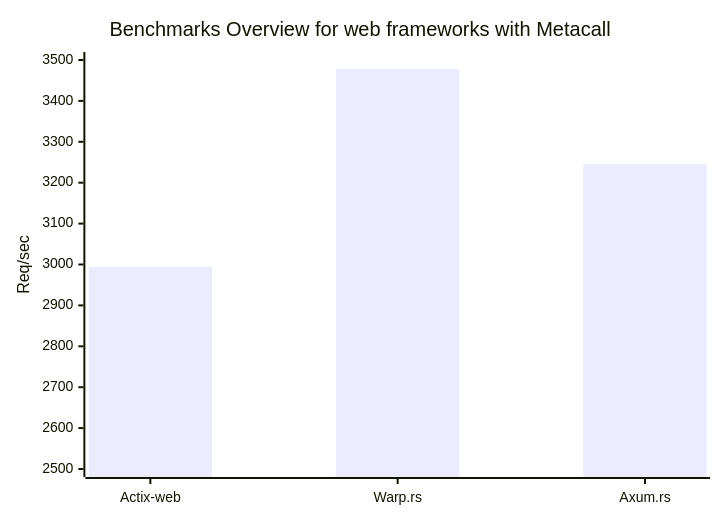
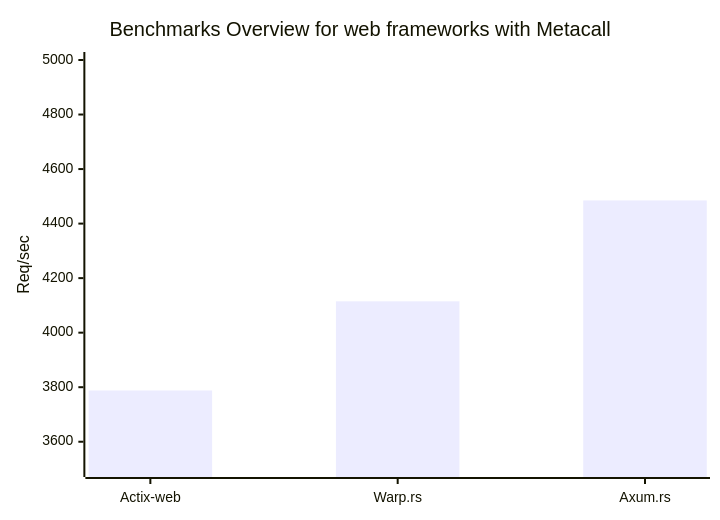
The third of 3 diagrams in README.md (metacall/rust-http-benchmarks), drawn with Mermaid before and after one commit. The commit also changed other lines of this file, not shown here.

````diff
--- a/README.md
+++ b/README.md
@@ -156,7 +155,7 @@
 ```mermaid
 xychart-beta
     title "Benchmarks Overview for web frameworks with Metacall"
     x-axis [Actix-web, Warp.rs, Axum.rs]
-    y-axis "Req/sec" 2500 --> 3500
-    bar [2994.05, 3478.19, 3245.46]
+    y-axis "Req/sec" 3500 --> 5000
+    bar [3788, 4115, 4485]
 ```
````
